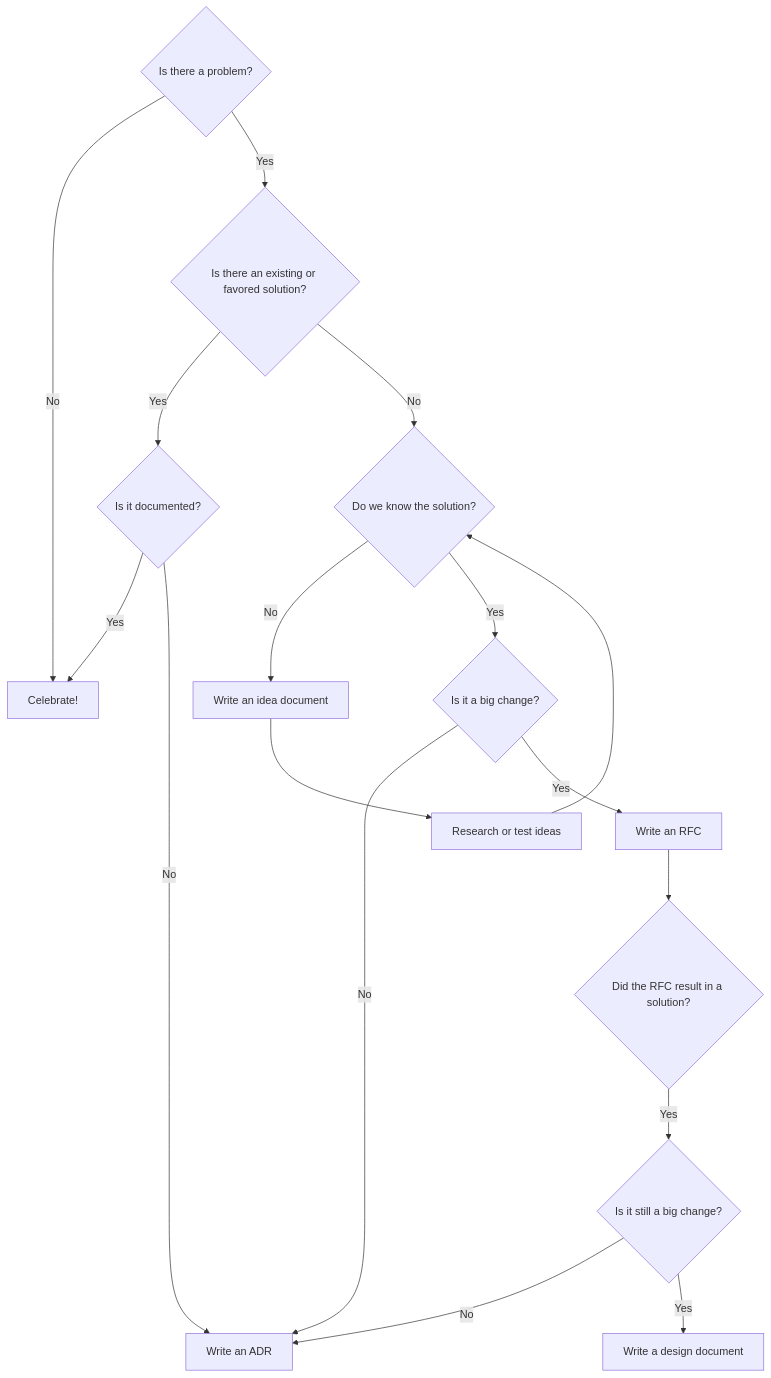
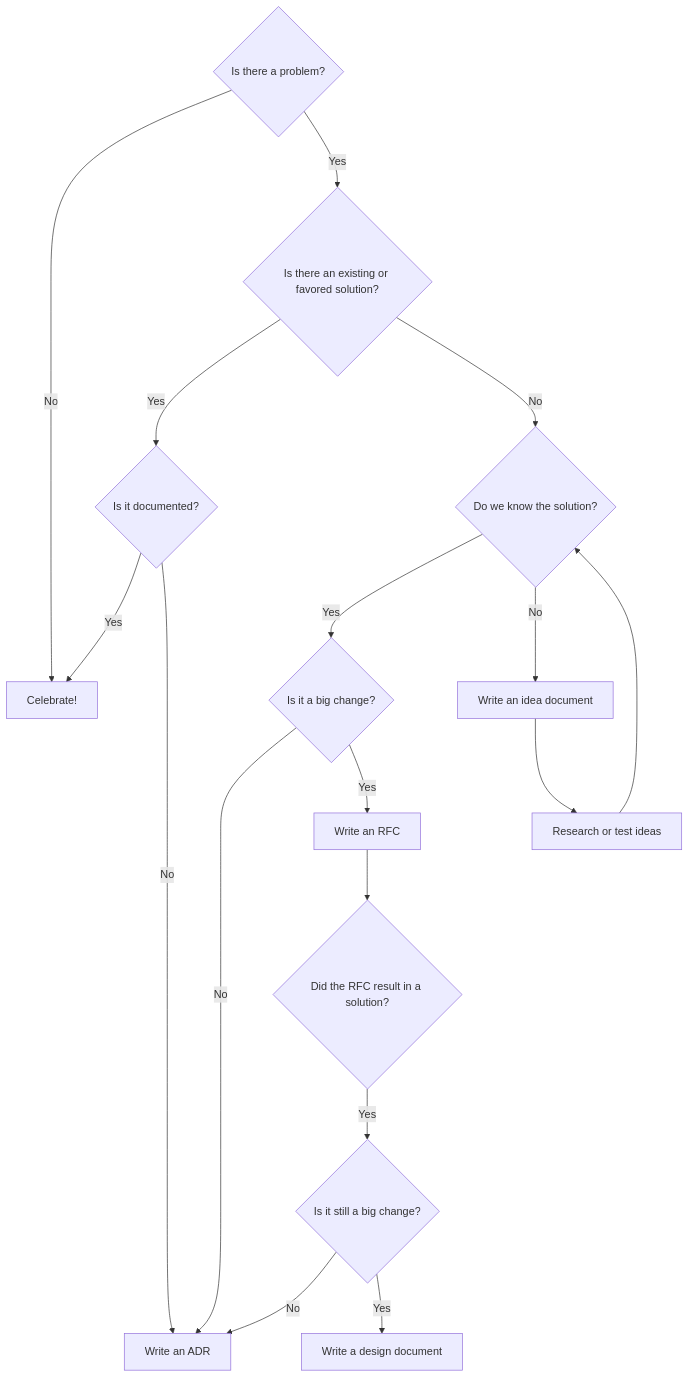
The diagram in scratchpad/flowchart.md (f1337/f1337.github.io), drawn with Mermaid before and after one commit. The commit also changed other lines of this file, not shown here.

Commit message:
scratchpad/flowchart.md updated from https://stackedit.io/

````diff
--- a/scratchpad/flowchart.md
+++ b/scratchpad/flowchart.md
@@ -3,19 +3,19 @@
 ```mermaid
 graph TD
 PROBLEM{Is there a problem?} -- No --> CELEB[Celebrate!]
 PROBLEM -- Yes --> ISSOLVED{Is there an existing or favored solution?}
 ISSOLVED -- Yes --> DOC{Is it documented?}
 DOC -- Yes --> CELEB
 ISSOLVED -- No --> ISKNOWN{Do we know the solution?}
+ISKNOWN -- Yes --> ISBIG{Is it a big change?}
 ISKNOWN -- No --> IDEA[Write an idea document]
 IDEA --> TEST[Research or test ideas]
 TEST --> ISKNOWN
-ISKNOWN -- Yes --> ISBIG{Is it a big change?}
 ISBIG -- No --> ADR[Write an ADR]
 DOC -- No --> ADR
 ISBIG -- Yes --> RFC[Write an RFC]
 RFC --> RFCSOLVE{Did the RFC result in a solution?}
 RFCSOLVE -- Yes --> ISBIGTOO{Is it still a big change?}
 ISBIGTOO -- No --> ADR
 ISBIGTOO -- Yes --> DD[Write a design document]
 ```
````
